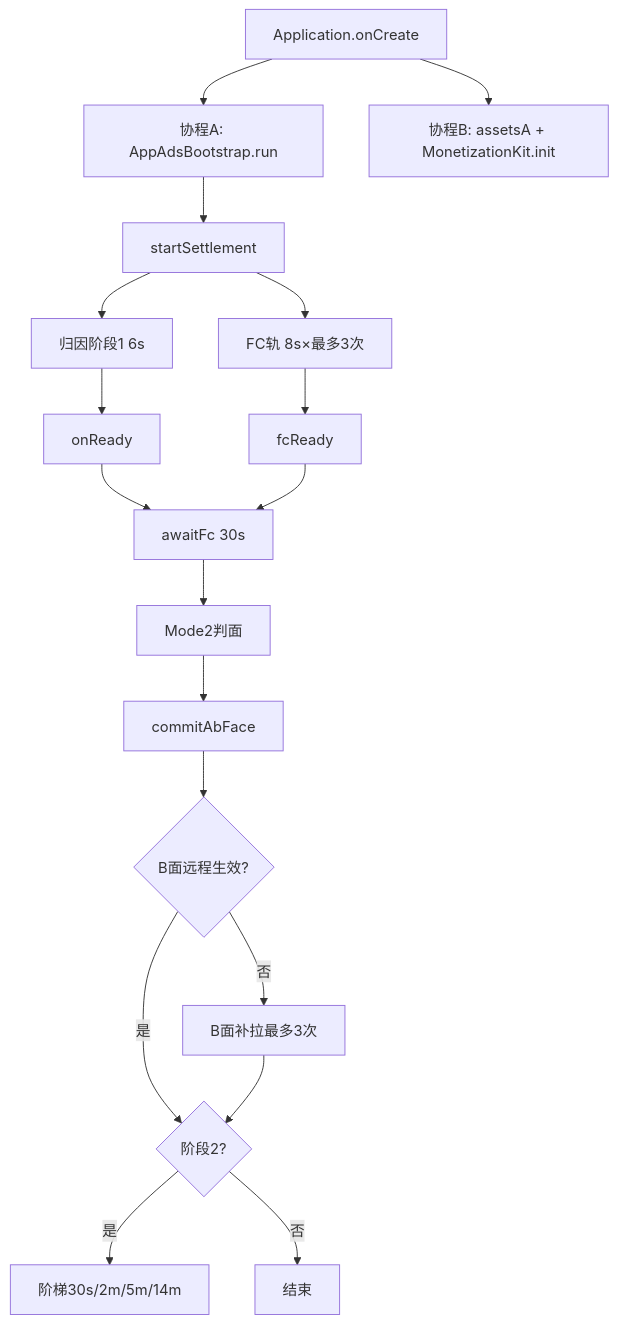
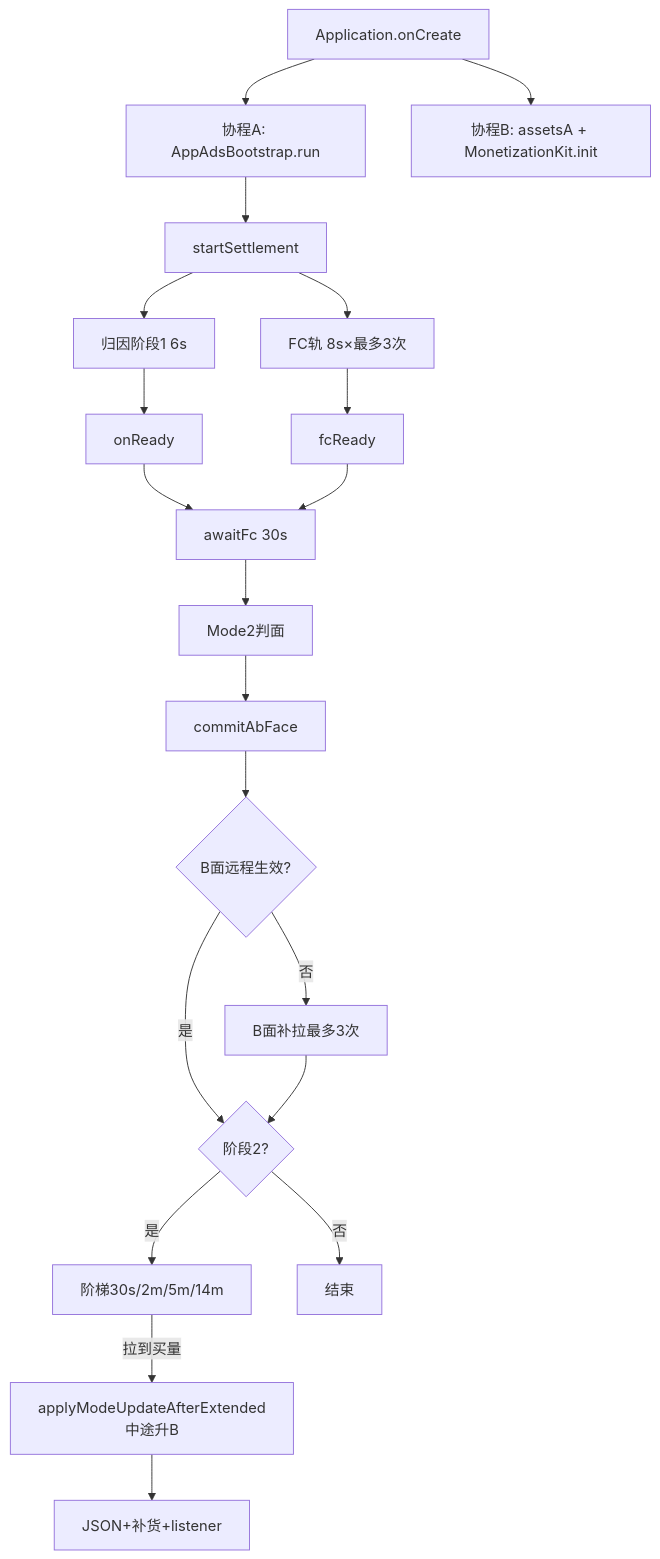
The first of 5 diagrams in ab面配置/流程图.md (captainGithubAccount/skill), drawn with Mermaid before and after one commit. The commit also changed other lines of this file and 21 other files, not shown here.

````diff
--- a/ab面配置/流程图.md
+++ b/ab面配置/流程图.md
@@ -7,20 +7,22 @@
 ```mermaid
 flowchart TD
     App["Application.onCreate"] --> CorA["协程A: AppAdsBootstrap.run"]
     App --> CorB["协程B: assetsA + MonetizationKit.init"]
     CorA --> ST["startSettlement"]
     ST --> FC["FC轨 8s×最多3次"]
     ST --> A1["归因阶段1 6s"]
     FC --> fcR["fcReady"]
     A1 --> onR["onReady"]
     onR --> Wait["awaitFc 30s"]
     fcR --> Wait
     Wait --> M2["Mode2判面"]
     M2 --> C["commitAbFace"]
     C --> BR{"B面远程生效?"}
     BR -->|否| Retry["B面补拉最多3次"]
     BR -->|是| A2
     Retry --> A2{"阶段2?"}
     A2 -->|是| P2["阶梯30s/2m/5m/14m"]
+    P2 -->|拉到买量| MID["applyModeUpdateAfterExtended\n中途升B"]
+    MID --> OK2["JSON+补货+listener"]
     A2 -->|否| End["结束"]
 ```
````
